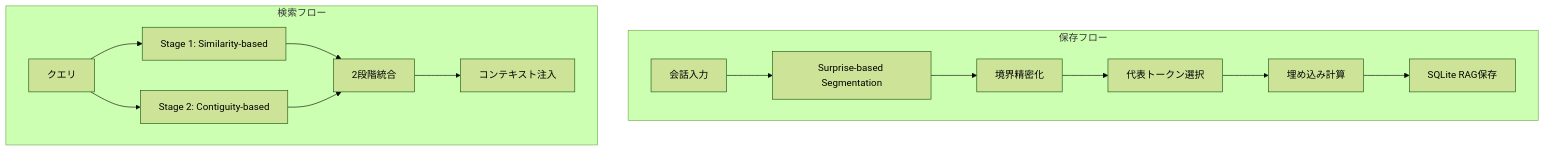
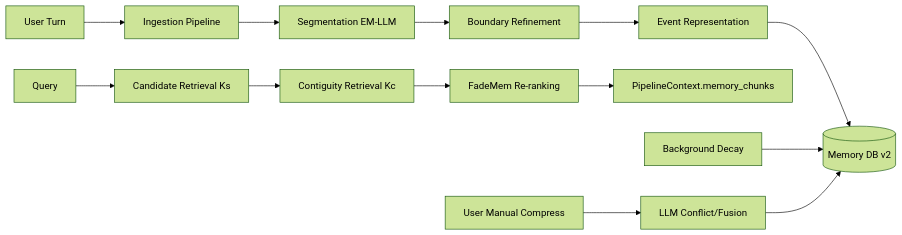
Before and after one commit to coco4atJP/Tepora-alpha: the seventh of 10 diagrams in docs/architecture/ARCHITECTURE.md, drawn with Mermaid (forest theme). The commit also changed other lines of this file and 11 other files, not shown here.

````diff
--- a/docs/architecture/ARCHITECTURE.md
+++ b/docs/architecture/ARCHITECTURE.md
@@ -642,18 +646,17 @@
 ```mermaid
-graph TB
-    subgraph Storage["保存フロー"]
-        Input[会話入力] --> Segment[Surprise-based Segmentation]
-        Segment --> Boundary[境界精密化]
-        Boundary --> RepTokens[代表トークン選択]
-        RepTokens --> Embed[埋め込み計算]
-        Embed --> Store[SQLite RAG保存]
-    end
-  
-    subgraph Retrieval["検索フロー"]
-        Query[クエリ] --> Stage1[Stage 1: Similarity-based]
-        Query --> Stage2[Stage 2: Contiguity-based]
-        Stage1 --> Merge[2段階統合]
-        Stage2 --> Merge
-        Merge --> Context[コンテキスト注入]
-    end
+flowchart LR
+    U[User Turn] --> I[Ingestion Pipeline]
+    I --> S1[Segmentation EM-LLM]
+    S1 --> S2[Boundary Refinement]
+    S2 --> S3[Event Representation]
+    S3 --> P[(Memory DB v2)]
+
+    Q[Query] --> R1[Candidate Retrieval Ks]
+    R1 --> R2[Contiguity Retrieval Kc]
+    R2 --> R3[FadeMem Re-ranking]
+    R3 --> Ctx[PipelineContext.memory_chunks]
+
+    BG[Background Decay] --> P
+    UI[User Manual Compress] --> CMP[LLM Conflict/Fusion]
+    CMP --> P
 ```
````
